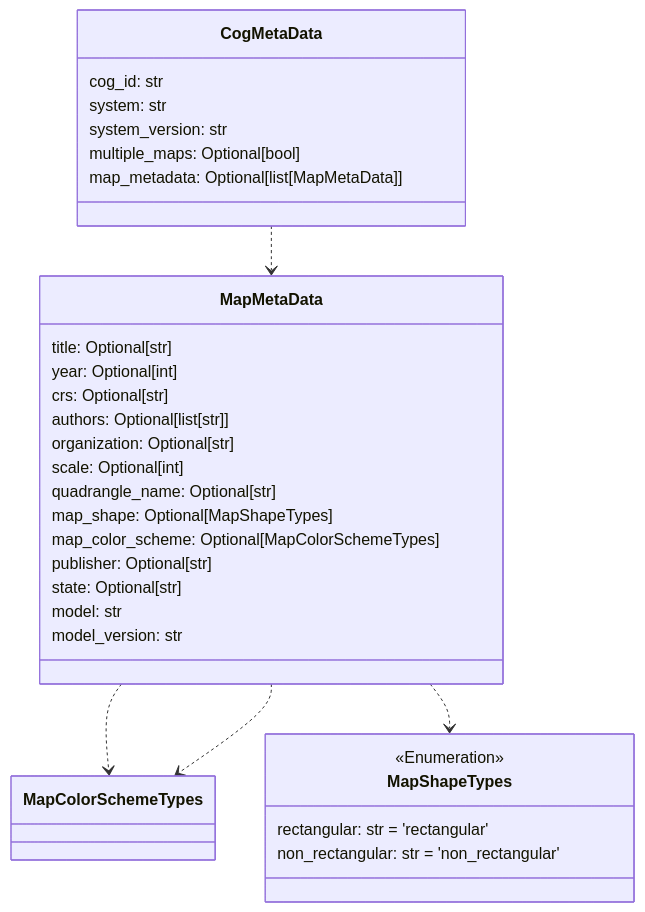
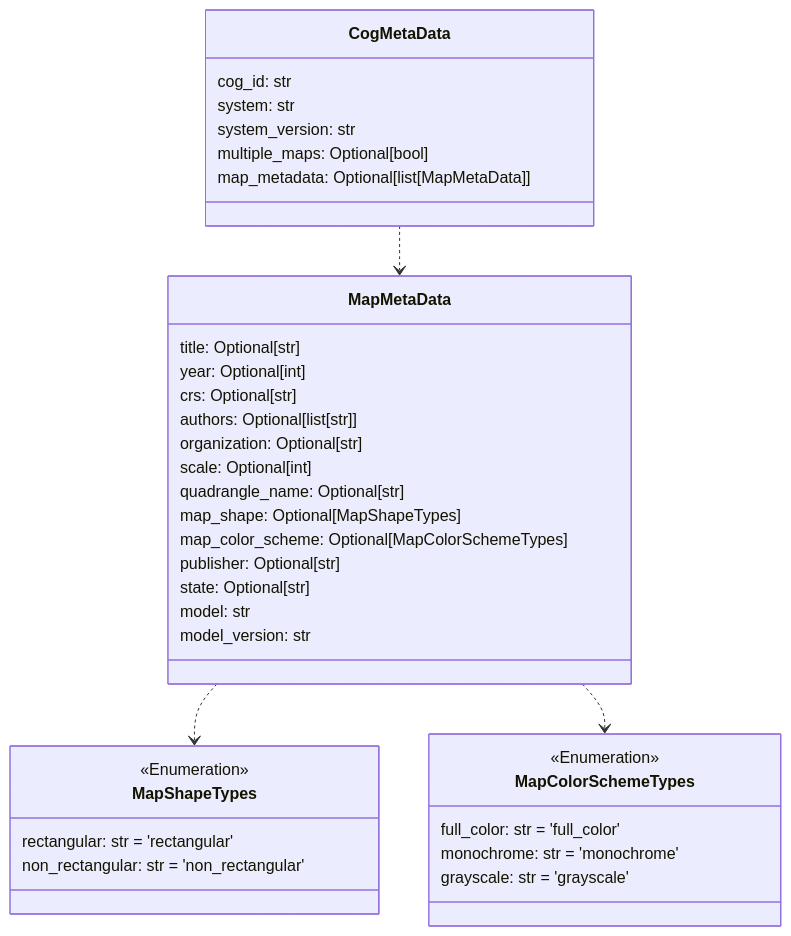
One commit to DARPA-CRITICALMAAS/cdr_schemas changed the eighth of 12 diagrams in README.md. Above: the diagram before and after it, drawn with Mermaid. The commit also changed other lines of this file, not shown here.

````diff
--- a/README.md
+++ b/README.md
@@ -657,40 +613,46 @@
 ```mermaid
 classDiagram
+
+    class MapShapeTypes {
+        <<Enumeration>>
+        rectangular: str = 'rectangular'
+        non_rectangular: str = 'non_rectangular'
+    }
 
     class CogMetaData {
         cog_id: str
         system: str
         system_version: str
         multiple_maps: Optional[bool]
         map_metadata: Optional[list[MapMetaData]]
+    }
+
+    class MapColorSchemeTypes {
+        <<Enumeration>>
+        full_color: str = 'full_color'
+        monochrome: str = 'monochrome'
+        grayscale: str = 'grayscale'
     }
 
     class MapMetaData {
         title: Optional[str]
         year: Optional[int]
         crs: Optional[str]
         authors: Optional[list[str]]
         organization: Optional[str]
         scale: Optional[int]
         quadrangle_name: Optional[str]
         map_shape: Optional[MapShapeTypes]
         map_color_scheme: Optional[MapColorSchemeTypes]
         publisher: Optional[str]
         state: Optional[str]
         model: str
         model_version: str
     }
 
-    class MapShapeTypes {
-        <<Enumeration>>
-        rectangular: str = 'rectangular'
-        non_rectangular: str = 'non_rectangular'
-    }
-
-    MapMetaData ..> MapColorSchemeTypes
     MapMetaData ..> MapShapeTypes
     MapMetaData ..> MapColorSchemeTypes
     CogMetaData ..> MapMetaData
 
 
 ```
````
